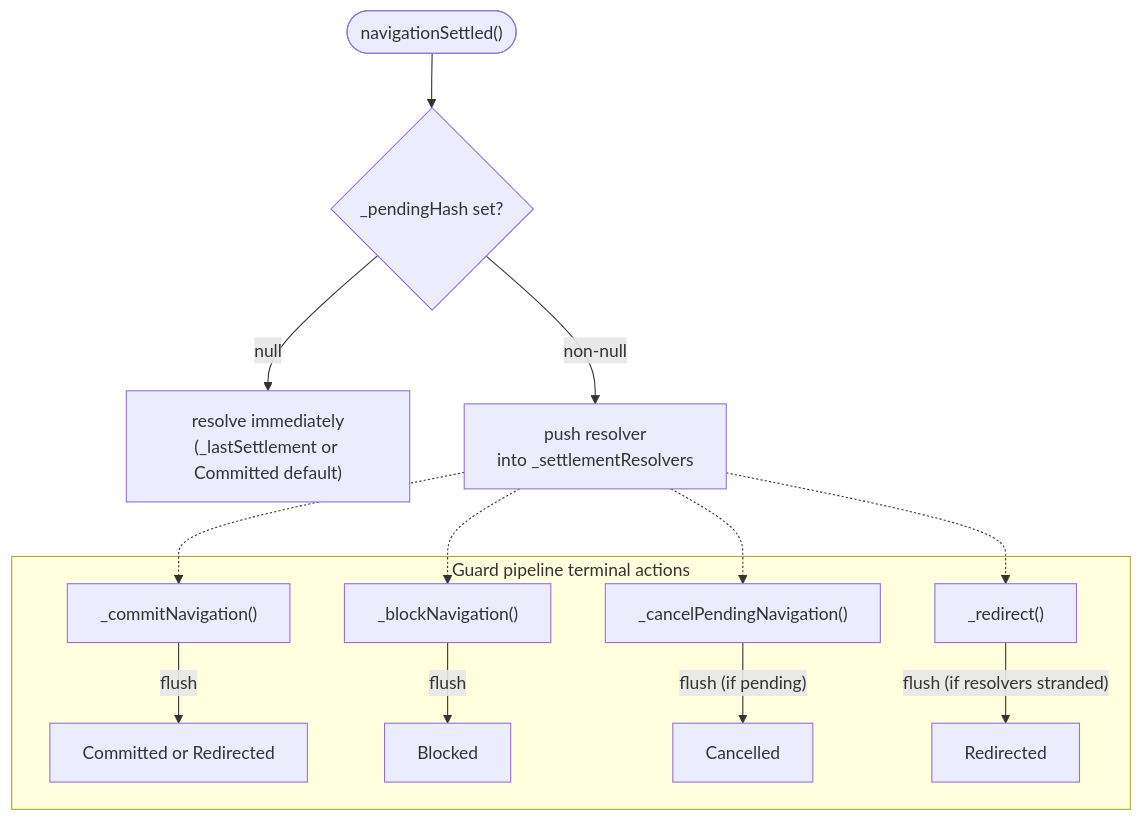
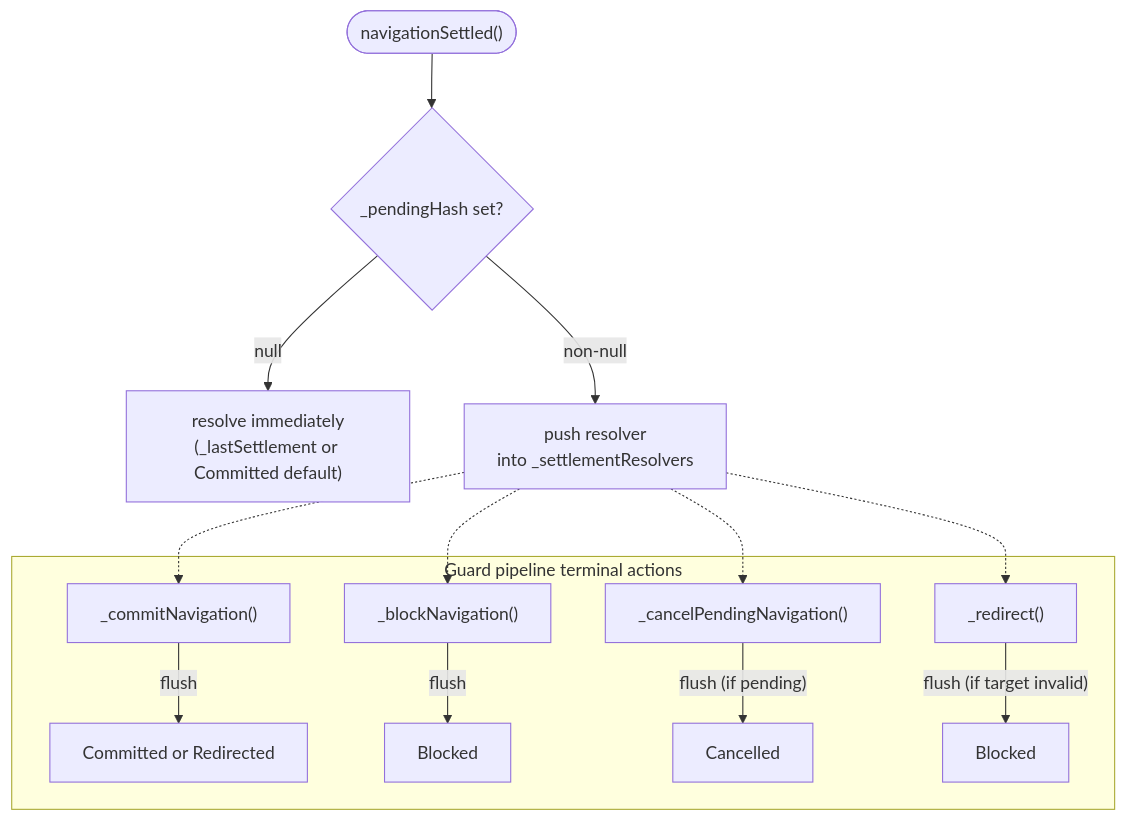
The fourth of 4 diagrams in docs/reference/architecture.md (wridgeu/ui5-lib-guard-router), drawn with Mermaid before and after one commit. The commit also changed other lines of this file and 2 other files, not shown here.

First line of the commit message:
fix: settle failed redirect as Blocked, not Redirected

````diff
--- a/docs/reference/architecture.md
+++ b/docs/reference/architecture.md
@@ -291,18 +291,18 @@
 ```mermaid
 flowchart TD
     call(["navigationSettled()"]) --> pending{_pendingHash set?}
     pending -- "null" --> immediate["resolve immediately<br/>(_lastSettlement or Committed default)"]
     pending -- "non-null" --> push["push resolver<br/>into _settlementResolvers"]
 
     subgraph "Guard pipeline terminal actions"
         commit["_commitNavigation()"] -- "flush" --> fcommit["Committed or Redirected"]
         block["_blockNavigation()"] -- "flush" --> fblock["Blocked"]
         cancel["_cancelPendingNavigation()"] -- "flush (if pending)" --> fcancel["Cancelled"]
-        redirect["_redirect()"] -- "flush (if resolvers stranded)" --> fredirect["Redirected"]
+        redirect["_redirect()"] -- "flush (if target invalid)" --> fredirect["Blocked"]
     end
 
     push -.-> commit
     push -.-> block
     push -.-> cancel
     push -.-> redirect
 ```
````
